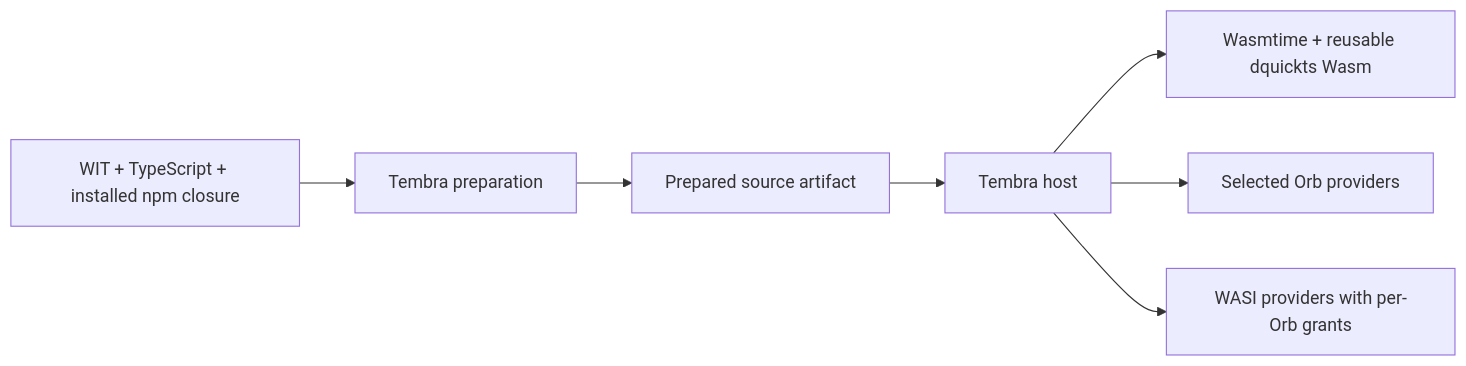
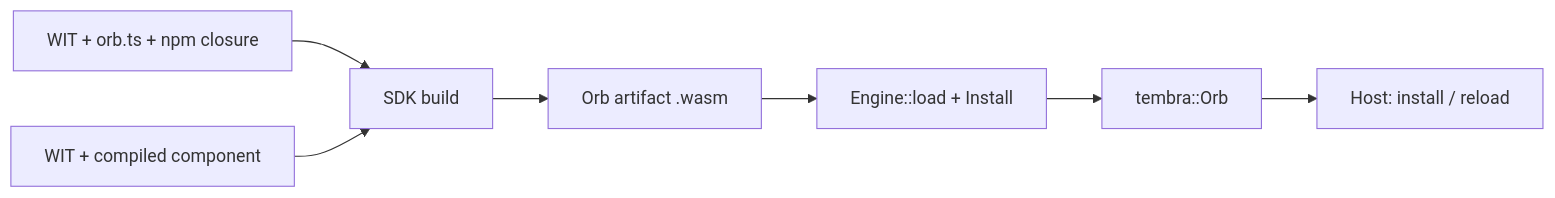
The diagram in crates/executor-wasm/README.md (syntropika/tembra), drawn with Mermaid before and after one commit. The commit also changed other lines of this file and 234 other files, not shown here.

First line of the commit message:
refactor(runtime)!: unify orb artifacts and optimize wasm execution

````diff
--- a/crates/executor-wasm/README.md
+++ b/crates/executor-wasm/README.md
@@ -9,9 +19,9 @@
 ```mermaid
 flowchart LR
-    A[WIT + TypeScript + installed npm closure] --> B[Tembra preparation]
-    B --> C[Prepared source artifact]
-    C --> D[Tembra host]
-    D --> E[Wasmtime + reusable dquickts Wasm]
-    D --> F[Selected Orb providers]
-    D --> G[WASI providers with per-Orb grants]
+    A[WIT + orb.ts + npm closure] --> B[SDK build]
+    C[WIT + compiled component] --> B
+    B --> D[Orb artifact .wasm]
+    D --> E[Engine::load + Install]
+    E --> F[tembra::Orb]
+    F --> G[Host: install / reload]
 ```
````
